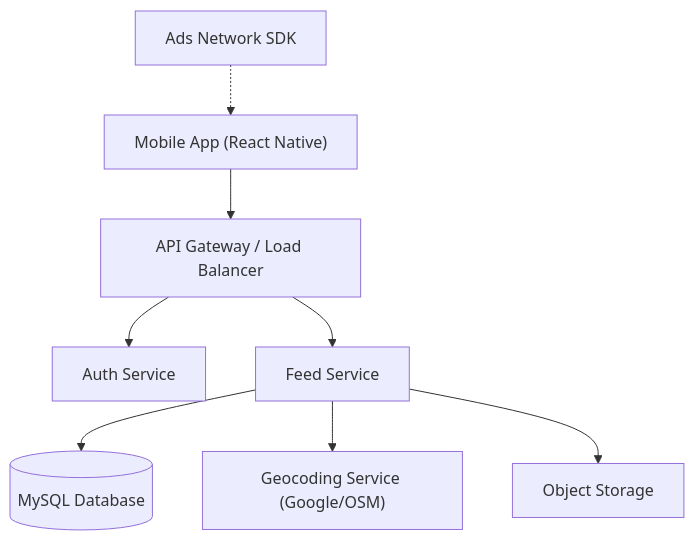
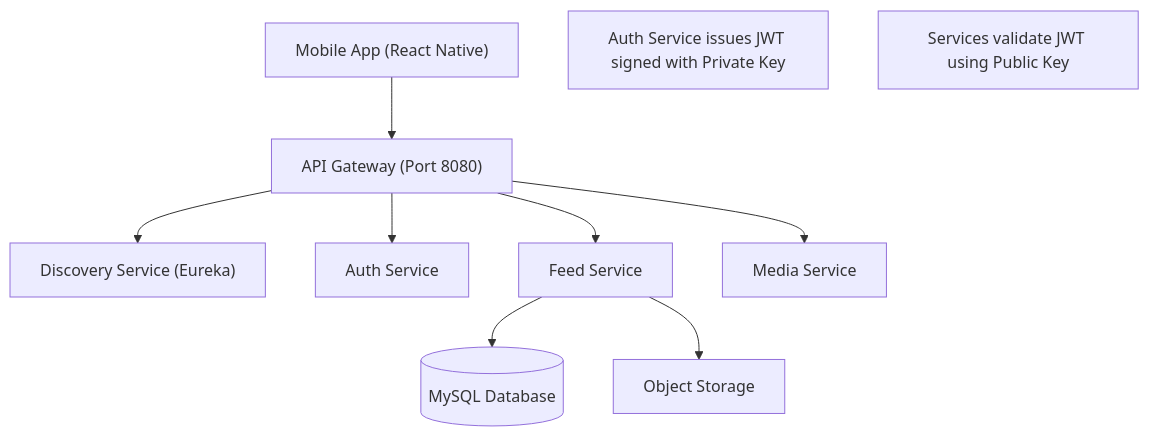
The diagram in implementation_plan.md (Vinayakabhat44/HearYou), drawn with Mermaid before and after one commit. The commit also changed other lines of this file and 68 other files, not shown here.

````diff
--- a/implementation_plan.md
+++ b/implementation_plan.md
@@ -14,12 +15,14 @@
 ```mermaid
 graph TD
-    UserApp["Mobile App (React Native)"] --> API_Gateway["API Gateway / Load Balancer"]
-    API_Gateway --> Auth_Service["Auth Service"]
-    API_Gateway --> Feed_Service["Feed Service"]
+    UserApp["Mobile App (React Native)"] --> Gateway["API Gateway (Port 8080)"]
+    Gateway --> Discovery["Discovery Service (Eureka)"]
+    Gateway --> Auth_Service["Auth Service"]
+    Gateway --> Feed_Service["Feed Service"]
+    Gateway --> Media_Service["Media Service"]
     
     Feed_Service --> DB[("MySQL Database")]
-    Feed_Service --> Geocoder["Geocoding Service (Google/OSM)"]
     Feed_Service --> ObjectStore["Object Storage"]
     
-    Ads_Service["Ads Network SDK"] -.-> UserApp
+    Note1["Auth Service issues JWT signed with Private Key"]
+    Note2["Services validate JWT using Public Key"]
 ```
````
